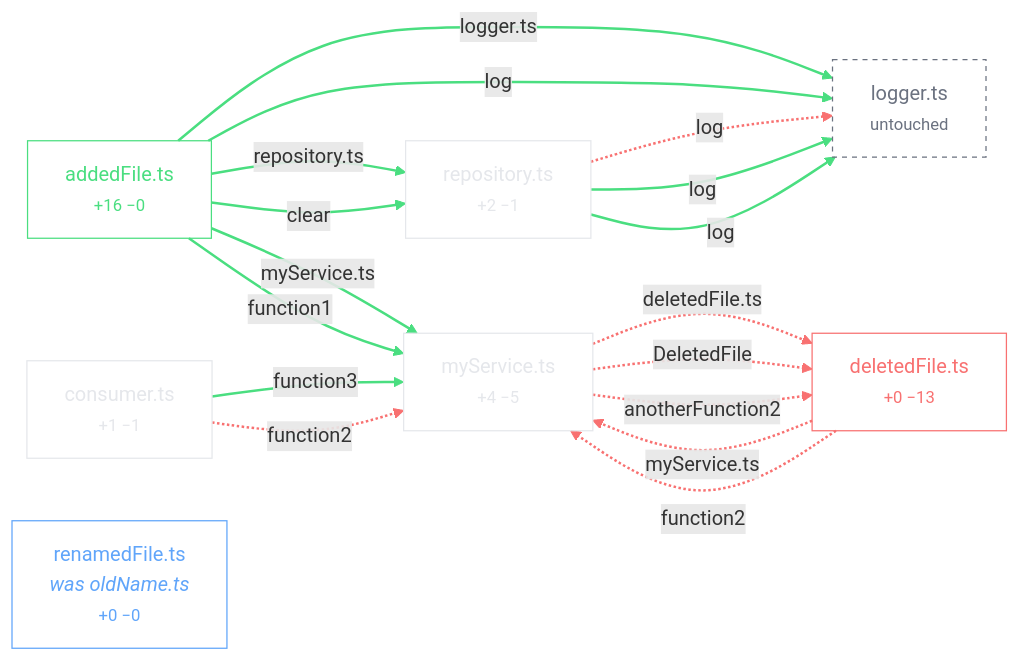
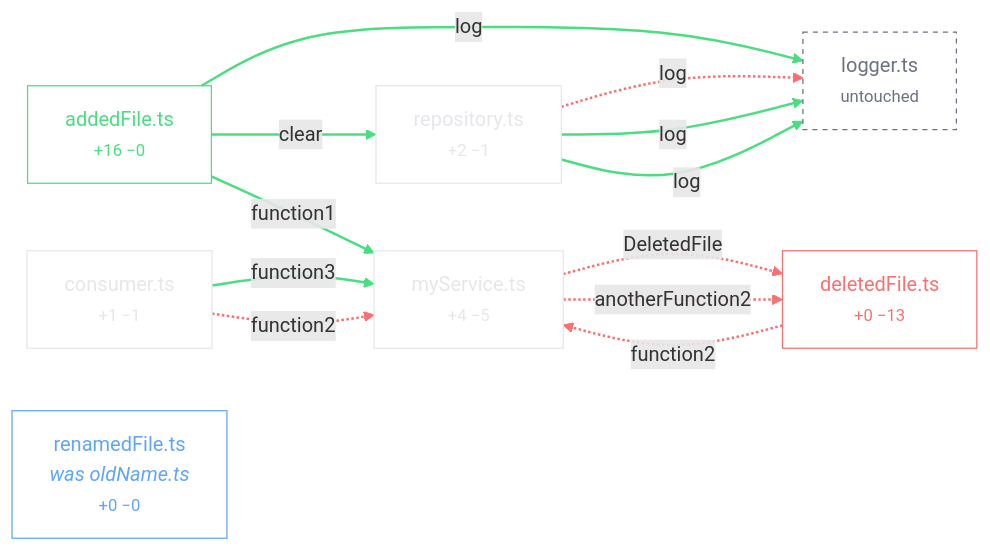
One commit to PowerEngine98/odin-pr-review changed the diagram in docs/examples/graph.mmd. Above: the diagram before and after it, drawn with Mermaid. The commit also changed 58 other files, not shown here.

```diff
--- a/docs/examples/graph.mmd
+++ b/docs/examples/graph.mmd
@@ -1,46 +1,36 @@
 flowchart LR
   n0["addedFile.ts<br/><small>+16 −0</small>"]:::added
   n1["consumer.ts<br/><small>+1 −1</small>"]:::modified
   n2["deletedFile.ts<br/><small>+0 −13</small>"]:::deleted
   n3["logger.ts<br/><small>untouched</small>"]:::phantom
   n4["myService.ts<br/><small>+4 −5</small>"]:::modified
   n5["renamedFile.ts<br/><i>was oldName.ts</i><br/><small>+0 −0</small>"]:::renamed
   n6["repository.ts<br/><small>+2 −1</small>"]:::modified
-  n4 -.->|"deletedFile.ts"| n2
   n4 -.->|"DeletedFile"| n2
   n4 -.->|"anotherFunction2"| n2
-  n0 -->|"logger.ts"| n3
-  n0 -->|"myService.ts"| n4
-  n0 -->|"repository.ts"| n6
   n0 -->|"log"| n3
   n0 -->|"function1"| n4
   n0 -->|"clear"| n6
   n1 -->|"function3"| n4
   n1 -.->|"function2"| n4
-  n2 -.->|"myService.ts"| n4
   n2 -.->|"function2"| n4
   n6 -.->|"log"| n3
   n6 -->|"log"| n3
   n6 -->|"log"| n3
 
   classDef added stroke:#4ade80,color:#4ade80,fill:transparent;
   classDef modified stroke:#e5e7eb,color:#e5e7eb,fill:transparent;
   classDef deleted stroke:#f87171,color:#f87171,fill:transparent;
   classDef renamed stroke:#60a5fa,color:#60a5fa,fill:transparent;
   classDef phantom stroke:#6b7280,color:#6b7280,fill:transparent,stroke-dasharray:4 4;
   linkStyle 0 stroke:#f87171,stroke-width:2px;
   linkStyle 1 stroke:#f87171,stroke-width:2px;
-  linkStyle 2 stroke:#f87171,stroke-width:2px;
+  linkStyle 2 stroke:#4ade80,stroke-width:2px;
   linkStyle 3 stroke:#4ade80,stroke-width:2px;
   linkStyle 4 stroke:#4ade80,stroke-width:2px;
   linkStyle 5 stroke:#4ade80,stroke-width:2px;
-  linkStyle 6 stroke:#4ade80,stroke-width:2px;
-  linkStyle 7 stroke:#4ade80,stroke-width:2px;
-  linkStyle 8 stroke:#4ade80,stroke-width:2px;
+  linkStyle 6 stroke:#f87171,stroke-width:2px;
+  linkStyle 7 stroke:#f87171,stroke-width:2px;
+  linkStyle 8 stroke:#f87171,stroke-width:2px;
   linkStyle 9 stroke:#4ade80,stroke-width:2px;
-  linkStyle 10 stroke:#f87171,stroke-width:2px;
-  linkStyle 11 stroke:#f87171,stroke-width:2px;
-  linkStyle 12 stroke:#f87171,stroke-width:2px;
-  linkStyle 13 stroke:#f87171,stroke-width:2px;
-  linkStyle 14 stroke:#4ade80,stroke-width:2px;
-  linkStyle 15 stroke:#4ade80,stroke-width:2px;
+  linkStyle 10 stroke:#4ade80,stroke-width:2px;
```
